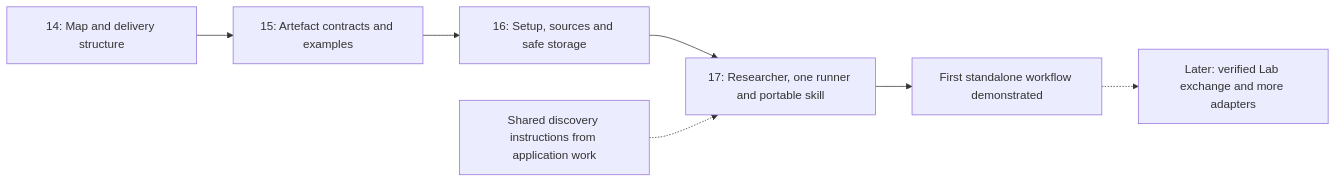
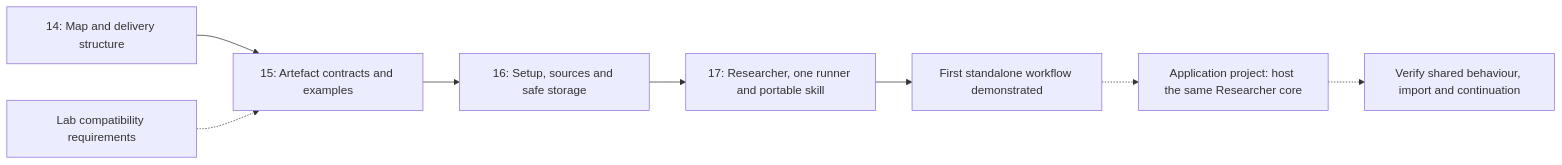
Before and after one commit to injectionator/ai-surface-model: the diagram in docs/n8r-surface/critical-path.md, drawn with Mermaid. The commit also changed other lines of this file and 2 other files, not shown here.

Commit message:
docs: build standalone Researcher before Lab integration

````diff
--- a/docs/n8r-surface/critical-path.md
+++ b/docs/n8r-surface/critical-path.md
@@ -14,9 +18,10 @@
 ```mermaid
 flowchart LR
     Map[14: Map and delivery structure] --> Contract[15: Artefact contracts and examples]
     Contract --> Local[16: Setup, sources and safe storage]
     Local --> Research[17: Researcher, one runner and portable skill]
-    Shared[Shared discovery instructions from application work] -.-> Research
+    Requirements[Lab compatibility requirements] -.-> Contract
     Research --> Result[First standalone workflow demonstrated]
-    Result -.-> Integration[Later: verified Lab exchange and more adapters]
+    Result -.-> Lab[Application project: host the same Researcher core]
+    Lab -.-> Verified[Verify shared behaviour, import and continuation]
 ```
````
